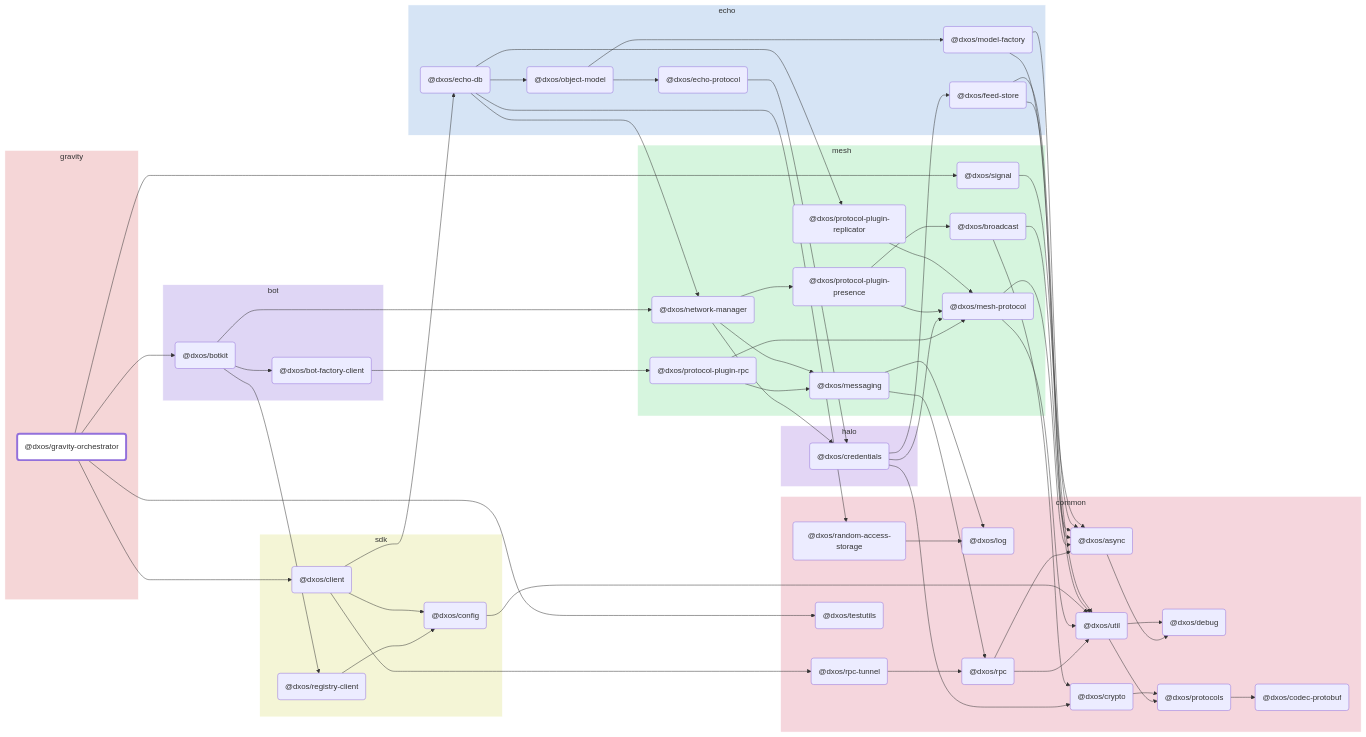
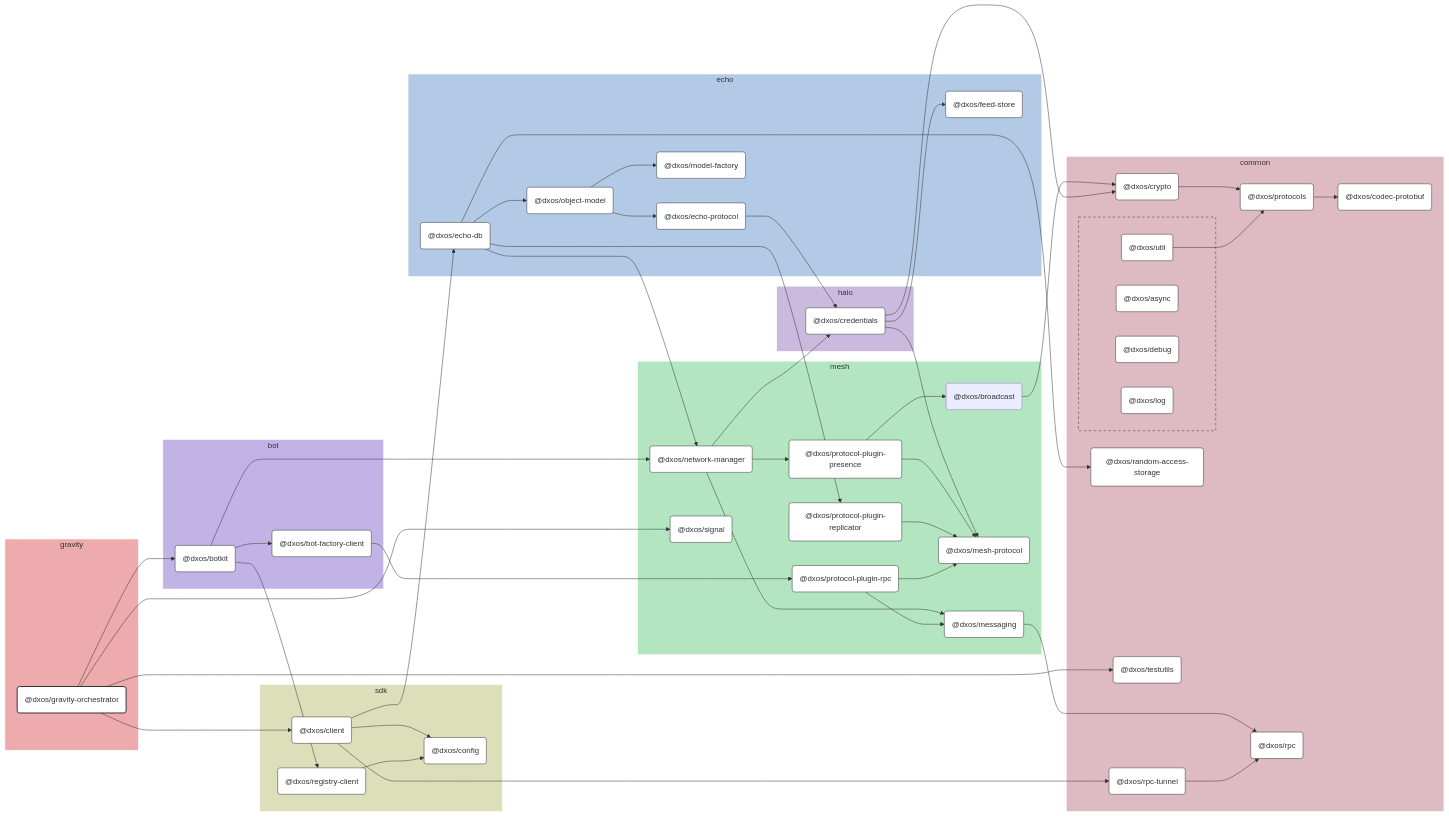
The diagram in packages/gravity/orchestrator/docs/README.md (dxos/dxos), drawn with Mermaid before and after one commit. The commit also changed 100 other files, not shown here.

````diff
--- a/packages/gravity/orchestrator/docs/README.md
+++ b/packages/gravity/orchestrator/docs/README.md
@@ -7,146 +7,184 @@
 ```mermaid
-flowchart LR;
+%%{ init: {'flowchart':{'curve':'basis'}} }%%
 
-style dxos/gravity-orchestrator fill:#fff,stroke-width:4px;
+flowchart LR
 
-click dxos/bot-factory-client "https:/github.com/dxos/dxos/tree/main/packages/bot/bot-factory-client/docs";
-click dxos/async "https:/github.com/dxos/dxos/tree/main/packages/common/async/docs";
-click dxos/codec-protobuf "https:/github.com/dxos/dxos/tree/main/packages/common/codec-protobuf/docs";
-click dxos/protocol-plugin-rpc "https:/github.com/dxos/dxos/tree/main/packages/mesh/protocol-plugin-rpc/docs";
-click dxos/protocols "https:/github.com/dxos/dxos/tree/main/packages/common/protocols/docs";
-click dxos/rpc "https:/github.com/dxos/dxos/tree/main/packages/common/rpc/docs";
-click dxos/botkit "https:/github.com/dxos/dxos/tree/main/packages/bot/botkit/docs";
-click dxos/config "https:/github.com/dxos/dxos/tree/main/packages/sdk/config/docs";
-click dxos/crypto "https:/github.com/dxos/dxos/tree/main/packages/common/crypto/docs";
-click dxos/debug "https:/github.com/dxos/dxos/tree/main/packages/common/debug/docs";
-click dxos/network-manager "https:/github.com/dxos/dxos/tree/main/packages/mesh/network-manager/docs";
-click dxos/registry-client "https:/github.com/dxos/dxos/tree/main/packages/sdk/registry-client/docs";
-click dxos/messaging "https:/github.com/dxos/dxos/tree/main/packages/mesh/messaging/docs";
-click dxos/client "https:/github.com/dxos/dxos/tree/main/packages/sdk/client/docs";
-click dxos/echo-db "https:/github.com/dxos/dxos/tree/main/packages/echo/echo-db/docs";
-click dxos/model-factory "https:/github.com/dxos/dxos/tree/main/packages/echo/model-factory/docs";
-click dxos/rpc-tunnel "https:/github.com/dxos/dxos/tree/main/packages/common/rpc-tunnel/docs";
-click dxos/util "https:/github.com/dxos/dxos/tree/main/packages/common/util/docs";
-click dxos/log "https:/github.com/dxos/dxos/tree/main/packages/common/log/docs";
-click dxos/credentials "https:/github.com/dxos/dxos/tree/main/packages/halo/credentials/docs";
-click dxos/echo-protocol "https:/github.com/dxos/dxos/tree/main/packages/echo/echo-protocol/docs";
-click dxos/feed-store "https:/github.com/dxos/dxos/tree/main/packages/echo/feed-store/docs";
-click dxos/mesh-protocol "https:/github.com/dxos/dxos/tree/main/packages/mesh/mesh-protocol/docs";
-click dxos/object-model "https:/github.com/dxos/dxos/tree/main/packages/echo/object-model/docs";
-click dxos/protocol-plugin-presence "https:/github.com/dxos/dxos/tree/main/packages/mesh/protocol-plugin-presence/docs";
-click dxos/protocol-plugin-replicator "https:/github.com/dxos/dxos/tree/main/packages/mesh/protocol-plugin-replicator/docs";
-click dxos/random-access-storage "https:/github.com/dxos/dxos/tree/main/packages/common/random-access-storage/docs";
-click dxos/signal "https:/github.com/dxos/dxos/tree/main/packages/mesh/signal/docs";
-click dxos/testutils "https:/github.com/dxos/dxos/tree/main/packages/common/testutils/docs";
+%% Links
+dxos/bot-factory-client --> dxos/protocol-plugin-rpc;
+dxos/botkit --> dxos/bot-factory-client;
+dxos/botkit --> dxos/network-manager;
+dxos/botkit --> dxos/registry-client;
+dxos/broadcast --> dxos/crypto;
+dxos/client --> dxos/config;
+dxos/client --> dxos/echo-db;
+dxos/client --> dxos/rpc-tunnel;
+dxos/credentials --> dxos/crypto;
+dxos/credentials --> dxos/feed-store;
+dxos/credentials --> dxos/mesh-protocol;
+dxos/crypto --> dxos/protocols;
+dxos/echo-db --> dxos/network-manager;
+dxos/echo-db --> dxos/object-model;
+dxos/echo-db --> dxos/protocol-plugin-replicator;
+dxos/echo-db --> dxos/random-access-storage;
+dxos/echo-protocol --> dxos/credentials;
+dxos/gravity-orchestrator --> dxos/botkit;
+dxos/gravity-orchestrator --> dxos/client;
+dxos/gravity-orchestrator --> dxos/signal;
+dxos/gravity-orchestrator --> dxos/testutils;
+dxos/messaging --> dxos/rpc;
+dxos/network-manager --> dxos/credentials;
+dxos/network-manager --> dxos/messaging;
+dxos/network-manager --> dxos/protocol-plugin-presence;
+dxos/object-model --> dxos/echo-protocol;
+dxos/object-model --> dxos/model-factory;
+dxos/protocol-plugin-presence --> dxos/broadcast;
+dxos/protocol-plugin-presence --> dxos/mesh-protocol;
+dxos/protocol-plugin-replicator --> dxos/mesh-protocol;
+dxos/protocol-plugin-rpc --> dxos/mesh-protocol;
+dxos/protocol-plugin-rpc --> dxos/messaging;
+dxos/protocols --> dxos/codec-protobuf;
+dxos/registry-client --> dxos/config;
+dxos/rpc-tunnel --> dxos/rpc;
+dxos/util --> dxos/protocols;
 
+%% Sections
 subgraph gravity
-  style gravity fill:#f5d6d7,stroke:#fff;
-  dxos/gravity-orchestrator("@dxos/gravity-orchestrator");
+  style gravity fill:#edabad,stroke:#fff;
+
+  dxos/gravity-orchestrator("@dxos/gravity-orchestrator")
 end
 
 subgraph bot
-  style bot fill:#dfd6f5,stroke:#fff;
-  dxos/bot-factory-client("@dxos/bot-factory-client");
-  dxos/botkit("@dxos/botkit");
+  style bot fill:#c2b3e6,stroke:#fff;
+
+  dxos/bot-factory-client("@dxos/bot-factory-client")
+  dxos/botkit("@dxos/botkit")
 end
 
 subgraph common
-  style common fill:#f5d6dd,stroke:#fff;
-  dxos/async("@dxos/async");
-  dxos/debug("@dxos/debug");
-  dxos/codec-protobuf("@dxos/codec-protobuf");
-  dxos/log("@dxos/log");
-  dxos/protocols("@dxos/protocols");
-  dxos/rpc("@dxos/rpc");
-  dxos/util("@dxos/util");
-  dxos/crypto("@dxos/crypto");
-  dxos/random-access-storage("@dxos/random-access-storage");
-  dxos/rpc-tunnel("@dxos/rpc-tunnel");
-  dxos/testutils("@dxos/testutils");
+  style common fill:#debac2,stroke:#fff;
+
+  dxos/codec-protobuf("@dxos/codec-protobuf")
+  dxos/crypto("@dxos/crypto")
+  dxos/protocols("@dxos/protocols")
+  dxos/random-access-storage("@dxos/random-access-storage")
+  dxos/rpc("@dxos/rpc")
+  dxos/rpc-tunnel("@dxos/rpc-tunnel")
+  dxos/testutils("@dxos/testutils")
+
+  subgraph common-excluded [ ]
+    style common-excluded fill:#debac2,stroke:#333,stroke-dasharray:5 5;
+
+    dxos/async("@dxos/async")
+    dxos/debug("@dxos/debug")
+    dxos/log("@dxos/log")
+    dxos/util("@dxos/util")
+  end
 end
 
 subgraph mesh
-  style mesh fill:#d6f5de,stroke:#fff;
-  dxos/protocol-plugin-rpc("@dxos/protocol-plugin-rpc");
-  dxos/messaging("@dxos/messaging");
-  dxos/mesh-protocol("@dxos/mesh-protocol");
-  dxos/network-manager("@dxos/network-manager");
-  dxos/protocol-plugin-presence("@dxos/protocol-plugin-presence");
-  dxos/broadcast("@dxos/broadcast");
-  dxos/protocol-plugin-replicator("@dxos/protocol-plugin-replicator");
-  dxos/signal("@dxos/signal");
+  style mesh fill:#b3e6c0,stroke:#fff;
+
+  dxos/broadcast("@dxos/broadcast")
+  dxos/mesh-protocol("@dxos/mesh-protocol")
+  dxos/messaging("@dxos/messaging")
+  dxos/network-manager("@dxos/network-manager")
+  dxos/protocol-plugin-presence("@dxos/protocol-plugin-presence")
+  dxos/protocol-plugin-replicator("@dxos/protocol-plugin-replicator")
+  dxos/protocol-plugin-rpc("@dxos/protocol-plugin-rpc")
+  dxos/signal("@dxos/signal")
 end
 
 subgraph sdk
-  style sdk fill:#f4f5d6,stroke:#fff;
-  dxos/config("@dxos/config");
-  dxos/registry-client("@dxos/registry-client");
-  dxos/client("@dxos/client");
+  style sdk fill:#dddeba,stroke:#fff;
+
+  dxos/client("@dxos/client")
+  dxos/config("@dxos/config")
+  dxos/registry-client("@dxos/registry-client")
 end
 
 subgraph halo
-  style halo fill:#e3d6f5,stroke:#fff;
-  dxos/credentials("@dxos/credentials");
+  style halo fill:#cabade,stroke:#fff;
+
+  dxos/credentials("@dxos/credentials")
 end
 
 subgraph echo
-  style echo fill:#d6e4f5,stroke:#fff;
-  dxos/feed-store("@dxos/feed-store");
-  dxos/echo-db("@dxos/echo-db");
-  dxos/echo-protocol("@dxos/echo-protocol");
-  dxos/model-factory("@dxos/model-factory");
-  dxos/object-model("@dxos/object-model");
+  style echo fill:#b3cae6,stroke:#fff;
+
+  dxos/echo-db("@dxos/echo-db")
+  dxos/echo-protocol("@dxos/echo-protocol")
+  dxos/feed-store("@dxos/feed-store")
+  dxos/model-factory("@dxos/model-factory")
+  dxos/object-model("@dxos/object-model")
 end
 
-dxos/async --> dxos/debug;
-dxos/bot-factory-client --> dxos/protocol-plugin-rpc;
-dxos/protocol-plugin-rpc --> dxos/messaging;
-dxos/messaging --> dxos/log;
-dxos/protocols --> dxos/codec-protobuf;
-dxos/messaging --> dxos/rpc;
-dxos/rpc --> dxos/async;
-dxos/rpc --> dxos/util;
-dxos/util --> dxos/debug;
-dxos/util --> dxos/protocols;
-dxos/protocol-plugin-rpc --> dxos/mesh-protocol;
-dxos/mesh-protocol --> dxos/async;
-dxos/mesh-protocol --> dxos/util;
-dxos/gravity-orchestrator --> dxos/botkit;
-dxos/botkit --> dxos/bot-factory-client;
-dxos/config --> dxos/util;
-dxos/crypto --> dxos/protocols;
-dxos/botkit --> dxos/network-manager;
-dxos/network-manager --> dxos/credentials;
-dxos/credentials --> dxos/crypto;
-dxos/credentials --> dxos/feed-store;
-dxos/feed-store --> dxos/async;
-dxos/feed-store --> dxos/util;
-dxos/credentials --> dxos/mesh-protocol;
-dxos/network-manager --> dxos/messaging;
-dxos/network-manager --> dxos/protocol-plugin-presence;
-dxos/protocol-plugin-presence --> dxos/broadcast;
-dxos/broadcast --> dxos/async;
-dxos/broadcast --> dxos/crypto;
-dxos/protocol-plugin-presence --> dxos/mesh-protocol;
-dxos/botkit --> dxos/registry-client;
-dxos/registry-client --> dxos/config;
-dxos/gravity-orchestrator --> dxos/client;
-dxos/client --> dxos/config;
-dxos/client --> dxos/echo-db;
-dxos/echo-protocol --> dxos/credentials;
-dxos/model-factory --> dxos/async;
-dxos/model-factory --> dxos/util;
-dxos/echo-db --> dxos/network-manager;
-dxos/echo-db --> dxos/object-model;
-dxos/object-model --> dxos/echo-protocol;
-dxos/object-model --> dxos/model-factory;
-dxos/echo-db --> dxos/protocol-plugin-replicator;
-dxos/protocol-plugin-replicator --> dxos/mesh-protocol;
-dxos/echo-db --> dxos/random-access-storage;
-dxos/random-access-storage --> dxos/log;
-dxos/client --> dxos/rpc-tunnel;
-dxos/rpc-tunnel --> dxos/rpc;
-dxos/gravity-orchestrator --> dxos/signal;
-dxos/signal --> dxos/async;
-dxos/gravity-orchestrator --> dxos/testutils;
+
+%% Hyperlinks
+click dxos/async href "https:/github.com/dxos/dxos/tree/main/packages/common/async/docs";
+click dxos/bot-factory-client href "https:/github.com/dxos/dxos/tree/main/packages/bot/bot-factory-client/docs";
+click dxos/botkit href "https:/github.com/dxos/dxos/tree/main/packages/bot/botkit/docs";
+click dxos/client href "https:/github.com/dxos/dxos/tree/main/packages/sdk/client/docs";
+click dxos/codec-protobuf href "https:/github.com/dxos/dxos/tree/main/packages/common/codec-protobuf/docs";
+click dxos/config href "https:/github.com/dxos/dxos/tree/main/packages/sdk/config/docs";
+click dxos/credentials href "https:/github.com/dxos/dxos/tree/main/packages/halo/credentials/docs";
+click dxos/crypto href "https:/github.com/dxos/dxos/tree/main/packages/common/crypto/docs";
+click dxos/debug href "https:/github.com/dxos/dxos/tree/main/packages/common/debug/docs";
+click dxos/echo-db href "https:/github.com/dxos/dxos/tree/main/packages/echo/echo-db/docs";
+click dxos/echo-protocol href "https:/github.com/dxos/dxos/tree/main/packages/echo/echo-protocol/docs";
+click dxos/feed-store href "https:/github.com/dxos/dxos/tree/main/packages/echo/feed-store/docs";
+click dxos/log href "https:/github.com/dxos/dxos/tree/main/packages/common/log/docs";
+click dxos/mesh-protocol href "https:/github.com/dxos/dxos/tree/main/packages/mesh/mesh-protocol/docs";
+click dxos/messaging href "https:/github.com/dxos/dxos/tree/main/packages/mesh/messaging/docs";
+click dxos/model-factory href "https:/github.com/dxos/dxos/tree/main/packages/echo/model-factory/docs";
+click dxos/network-manager href "https:/github.com/dxos/dxos/tree/main/packages/mesh/network-manager/docs";
+click dxos/object-model href "https:/github.com/dxos/dxos/tree/main/packages/echo/object-model/docs";
+click dxos/protocol-plugin-presence href "https:/github.com/dxos/dxos/tree/main/packages/mesh/protocol-plugin-presence/docs";
+click dxos/protocol-plugin-replicator href "https:/github.com/dxos/dxos/tree/main/packages/mesh/protocol-plugin-replicator/docs";
+click dxos/protocol-plugin-rpc href "https:/github.com/dxos/dxos/tree/main/packages/mesh/protocol-plugin-rpc/docs";
+click dxos/protocols href "https:/github.com/dxos/dxos/tree/main/packages/common/protocols/docs";
+click dxos/random-access-storage href "https:/github.com/dxos/dxos/tree/main/packages/common/random-access-storage/docs";
+click dxos/registry-client href "https:/github.com/dxos/dxos/tree/main/packages/sdk/registry-client/docs";
+click dxos/rpc href "https:/github.com/dxos/dxos/tree/main/packages/common/rpc/docs";
+click dxos/rpc-tunnel href "https:/github.com/dxos/dxos/tree/main/packages/common/rpc-tunnel/docs";
+click dxos/signal href "https:/github.com/dxos/dxos/tree/main/packages/mesh/signal/docs";
+click dxos/testutils href "https:/github.com/dxos/dxos/tree/main/packages/common/testutils/docs";
+click dxos/util href "https:/github.com/dxos/dxos/tree/main/packages/common/util/docs";
+
+%% Styles
+classDef rootNode fill:#fff,stroke:#333,stroke-width:2px
+classDef defaultNode fill:#fff,stroke:#333,stroke-width:1px
+linkStyle default stroke:#333,stroke-width:1px
+
+dxos/gravity-orchestrator:::rootNode
+
+dxos/async:::defaultNode
+dxos/bot-factory-client:::defaultNode
+dxos/botkit:::defaultNode
+dxos/client:::defaultNode
+dxos/codec-protobuf:::defaultNode
+dxos/config:::defaultNode
+dxos/credentials:::defaultNode
+dxos/crypto:::defaultNode
+dxos/debug:::defaultNode
+dxos/echo-db:::defaultNode
+dxos/echo-protocol:::defaultNode
+dxos/feed-store:::defaultNode
+dxos/log:::defaultNode
+dxos/mesh-protocol:::defaultNode
+dxos/messaging:::defaultNode
+dxos/model-factory:::defaultNode
+dxos/network-manager:::defaultNode
+dxos/object-model:::defaultNode
+dxos/protocol-plugin-presence:::defaultNode
+dxos/protocol-plugin-replicator:::defaultNode
+dxos/protocol-plugin-rpc:::defaultNode
+dxos/protocols:::defaultNode
+dxos/random-access-storage:::defaultNode
+dxos/registry-client:::defaultNode
+dxos/rpc:::defaultNode
+dxos/rpc-tunnel:::defaultNode
+dxos/signal:::defaultNode
+dxos/testutils:::defaultNode
+dxos/util:::defaultNode
 ```
````
